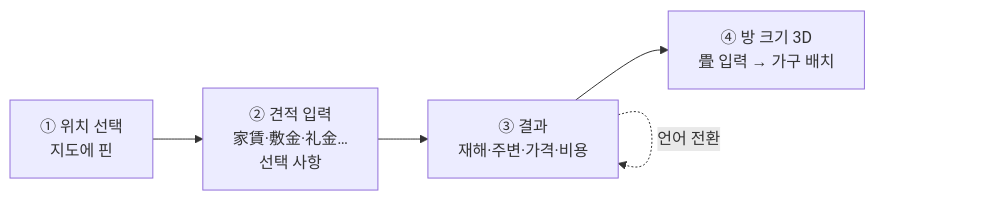
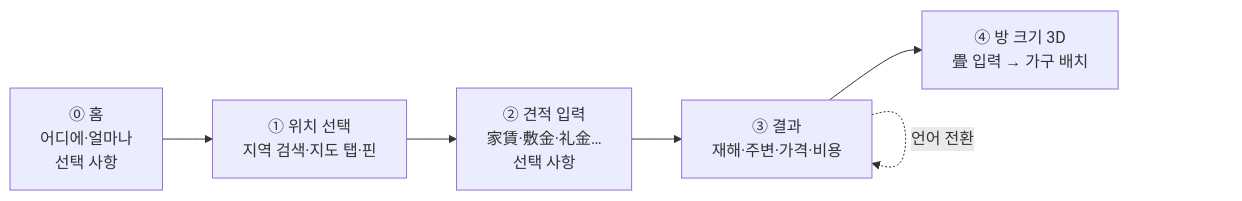
One commit to jjoonii34/Kurashi-nav changed the first of 2 diagrams in docs/MVP.md. Above: the diagram before and after it, drawn with Mermaid. The commit also changed other lines of this file and 64 other files, not shown here.

````diff
--- a/docs/MVP.md
+++ b/docs/MVP.md
@@ -55,7 +55,8 @@
 ```mermaid
 flowchart LR
-  A[① 위치 선택<br/>지도에 핀] --> B[② 견적 입력<br/>家賃·敷金·礼金…<br/>선택 사항]
+  H[⓪ 홈<br/>어디에·얼마나<br/>선택 사항] --> A
+  A[① 위치 선택<br/>지역 검색·지도 탭·핀] --> B[② 견적 입력<br/>家賃·敷金·礼金…<br/>선택 사항]
   B --> C[③ 결과<br/>재해·주변·가격·비용]
   C --> D[④ 방 크기 3D<br/>畳 입력 → 가구 배치]
   C -. 언어 전환 .-> C
 ```
````
